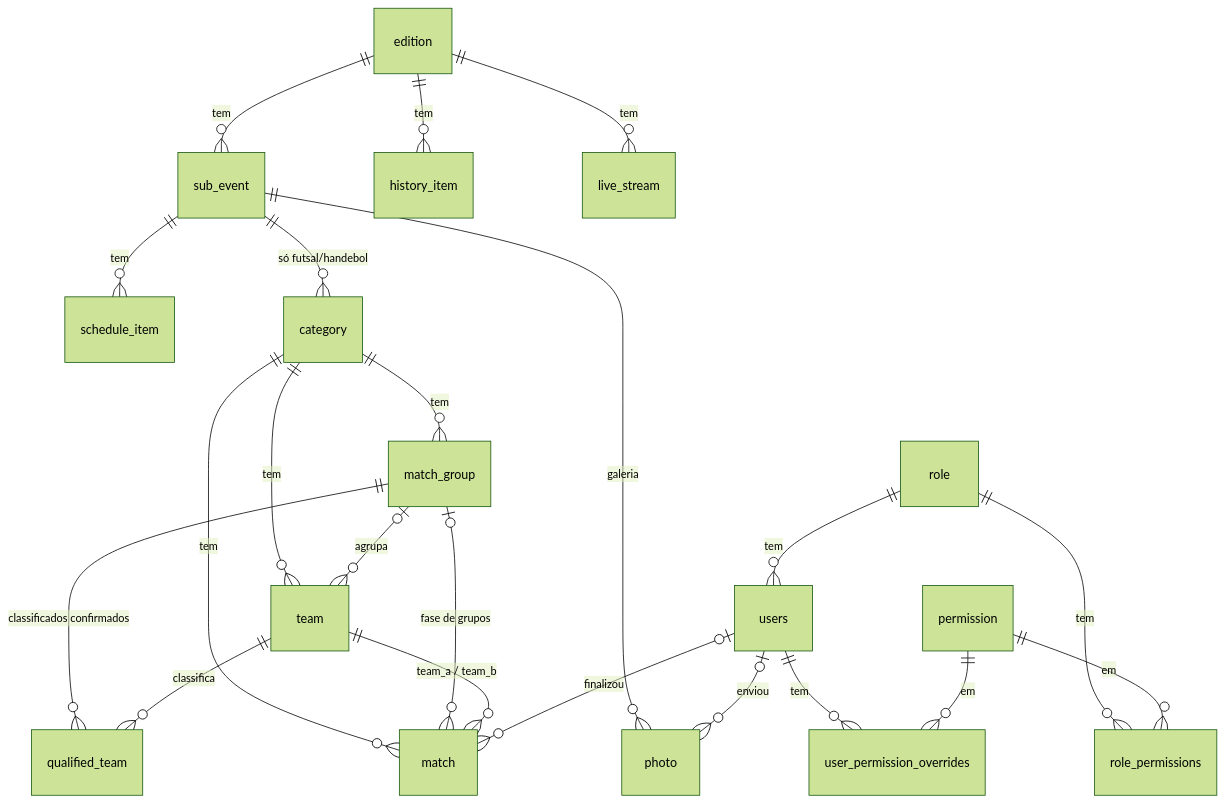
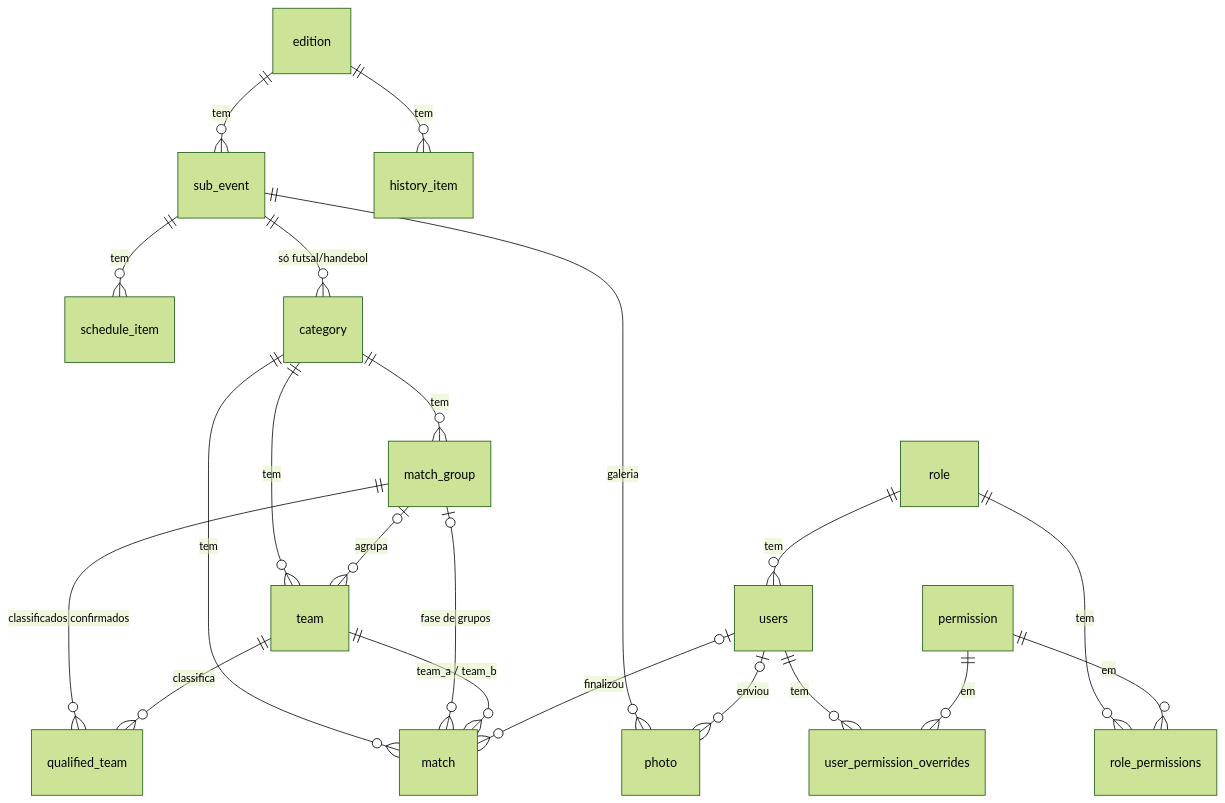
Before and after one commit to devLuanPaiva/festividade-vicosa: the diagram in core/07-modelo-dados.md, drawn with Mermaid (forest theme). The commit also changed other lines of this file and 2 other files, not shown here.

Commit message:
docs(core): document the live stream endpoints and table

````diff
--- a/core/07-modelo-dados.md
+++ b/core/07-modelo-dados.md
@@ -17,24 +17,23 @@
 ```mermaid
 erDiagram
   edition ||--o{ sub_event : tem
   edition ||--o{ history_item : tem
   sub_event ||--o{ schedule_item : tem
   sub_event ||--o{ category : "só futsal/handebol"
   sub_event ||--o{ photo : "galeria"
-  edition ||--o{ live_stream : tem
   category ||--o{ match_group : tem
   category ||--o{ team : tem
   category ||--o{ match : tem
   match_group |o--o{ team : agrupa
   match_group |o--o{ match : "fase de grupos"
   match_group ||--o{ qualified_team : "classificados confirmados"
   team ||--o{ qualified_team : classifica
   team ||--o{ match : "team_a / team_b"
   role ||--o{ users : tem
   role ||--o{ role_permissions : tem
   permission ||--o{ role_permissions : em
   users ||--o{ user_permission_overrides : tem
   permission ||--o{ user_permission_overrides : em
   users |o--o{ match : finalizou
   users |o--o{ photo : enviou
 ```
````
